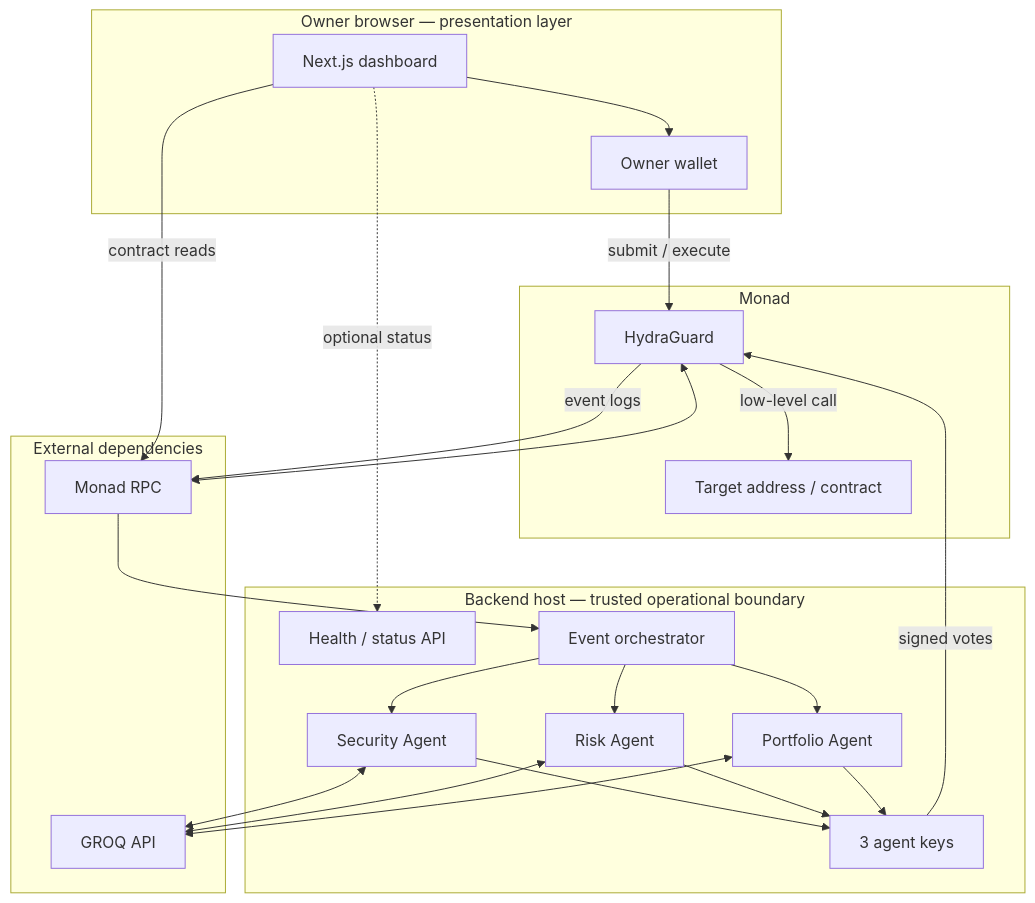
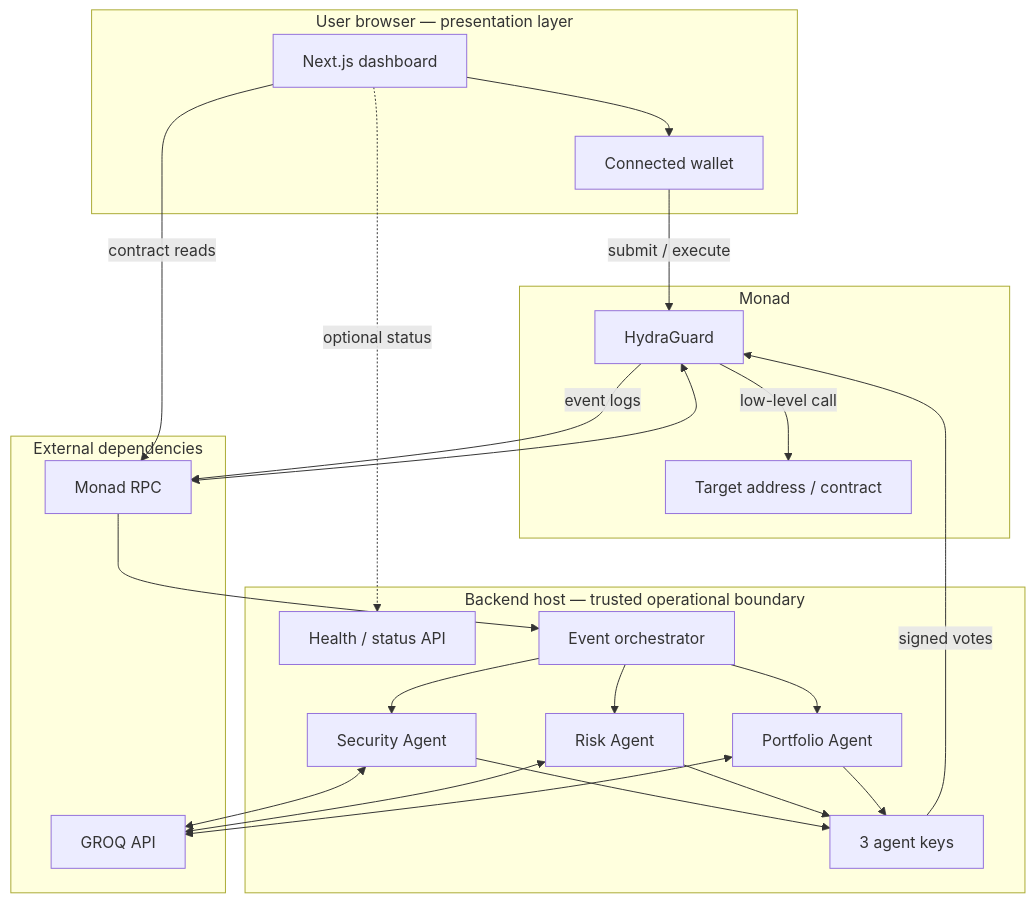
The first of 3 diagrams in ARCHITECTURE.md (karagozemin/HYDRA), drawn with Mermaid before and after one commit. The commit also changed other lines of this file and 16 other files, not shown here.

Commit message:
feat: update HYDRA's transaction model to allow any wallet to submit transactions, enhancing flexibility and security; revise documentation for clarity on user roles and execution process

````diff
--- a/ARCHITECTURE.md
+++ b/ARCHITECTURE.md
@@ -42,45 +43,45 @@
 ```mermaid
 flowchart TB
-    subgraph Browser["Owner browser — presentation layer"]
+    subgraph Browser["User browser — presentation layer"]
         UI["Next.js dashboard"]
-        Wallet["Owner wallet"]
+        Wallet["Connected wallet"]
     end
 
     subgraph Service["Backend host — trusted operational boundary"]
         API["Health / status API"]
         ORCH["Event orchestrator"]
         A1["Security Agent"]
         A2["Risk Agent"]
         A3["Portfolio Agent"]
         Keys["3 agent keys"]
     end
 
     subgraph External["External dependencies"]
         RPC["Monad RPC"]
         LLM["GROQ API"]
     end
 
     subgraph Chain["Monad"]
         Guard["HydraGuard"]
         Target["Target address / contract"]
     end
 
     UI --> Wallet
     Wallet -->|submit / execute| Guard
     UI -->|contract reads| RPC
     UI -.->|optional status| API
     RPC <--> Guard
     Guard -->|event logs| RPC
     RPC --> ORCH
     ORCH --> A1
     ORCH --> A2
     ORCH --> A3
     A1 <--> LLM
     A2 <--> LLM
     A3 <--> LLM
     A1 --> Keys
     A2 --> Keys
     A3 --> Keys
     Keys -->|signed votes| Guard
     Guard -->|low-level call| Target
 ```
````
